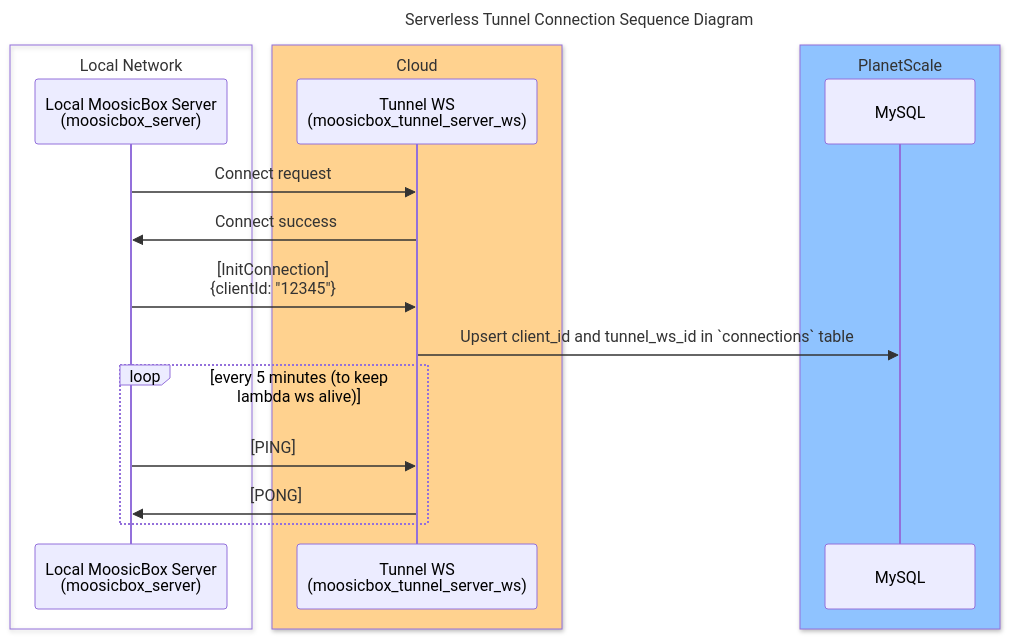
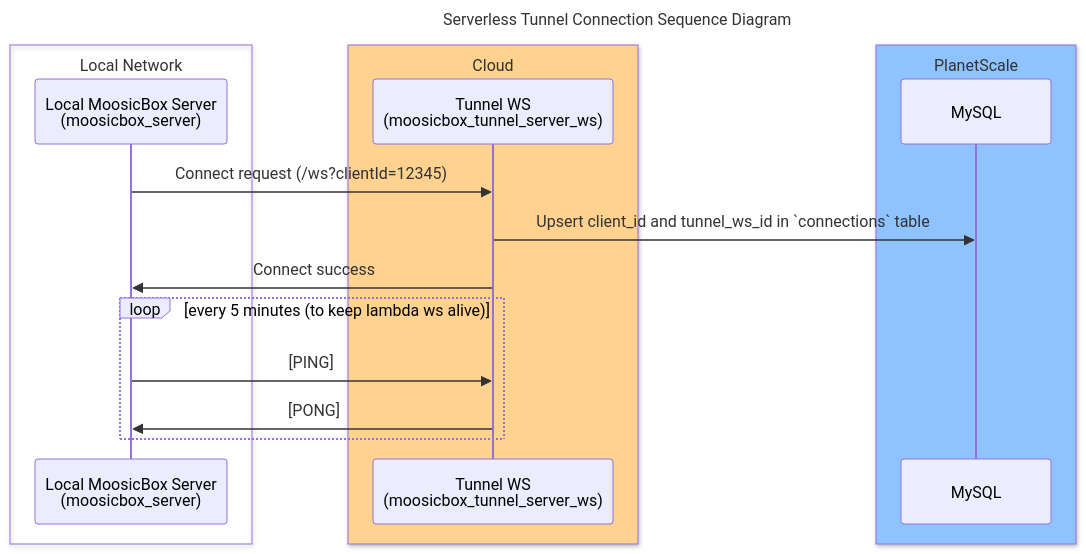
The first of 6 diagrams in tunnel_server/README.md (MoosicBox/MoosicBox), drawn with Mermaid before and after one commit. The commit also changed other lines of this file, not shown here.

Commit message:
Simplify WS connection initialization process

````diff
--- a/tunnel_server/README.md
+++ b/tunnel_server/README.md
@@ -5,29 +5,27 @@
 ```mermaid
 sequenceDiagram
 
 title Serverless Tunnel Connection Sequence Diagram
 
 box Local Network
     participant MoosicBox as Local MoosicBox Server<br>(moosicbox_server)
 end
 
 box rgb(255, 210, 143) Cloud
     participant WS as Tunnel WS<br>(moosicbox_tunnel_server_ws)
 end
 
 box rgb(143, 195, 255) PlanetScale
     participant MySQL
 end
 
-MoosicBox ->> WS: Connect request
+MoosicBox ->> WS: Connect request (/ws?clientId=12345)
+WS ->> MySQL: Upsert client_id and tunnel_ws_id in `connections` table
 WS ->> MoosicBox: Connect success
-
-MoosicBox ->> WS: [InitConnection]<br>{clientId: "12345"}
-WS ->> MySQL: Upsert client_id and tunnel_ws_id in `connections` table
 
 loop every 5 minutes (to keep lambda ws alive)
     MoosicBox ->> WS: [PING]
     WS ->> MoosicBox: [PONG]
 end
 
 ```
````
